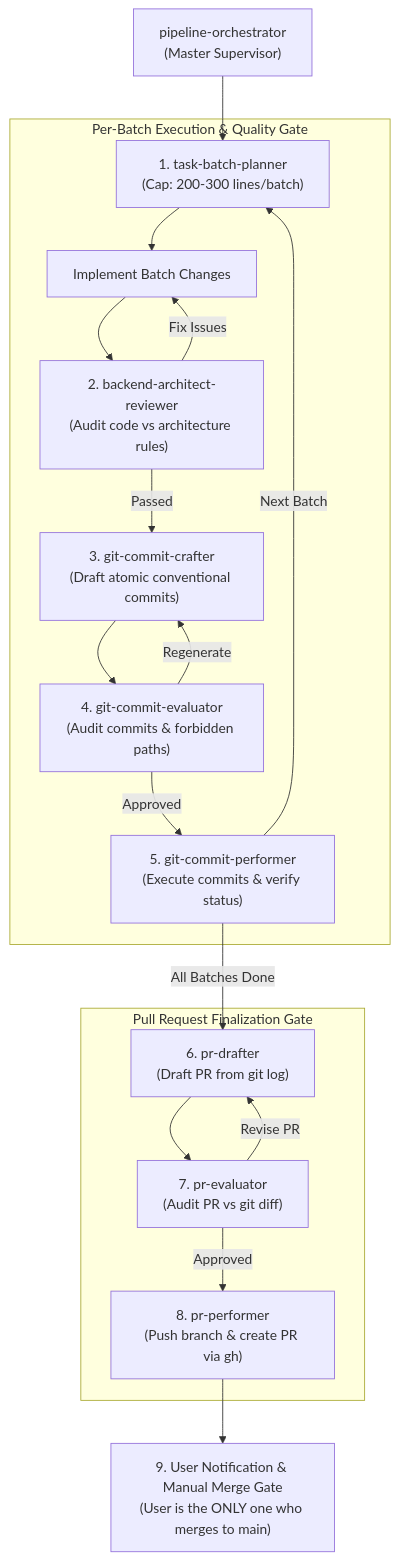
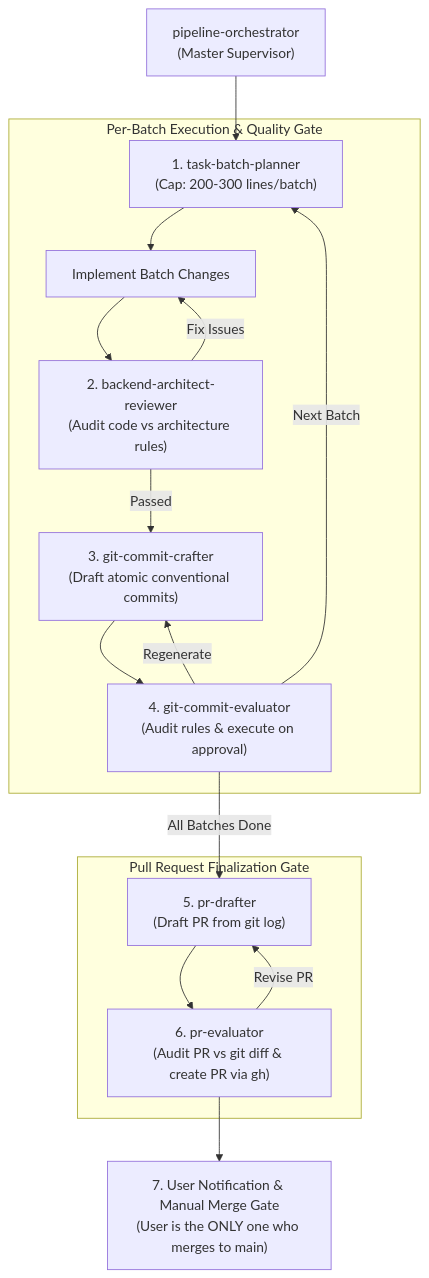
The diagram in .agents/README.md (Althaf-vt/MentorQ), drawn with Mermaid before and after one commit. The commit also changed other lines of this file and 1 other file, not shown here.

Commit message:
docs(tooling): update pipeline orchestrator and architecture docs

````diff
--- a/.agents/README.md
+++ b/.agents/README.md
@@ -34,25 +32,23 @@
 ```mermaid
 flowchart TD
     Orchestrator["pipeline-orchestrator\n(Master Supervisor)"] --> Planner["1. task-batch-planner\n(Cap: 200-300 lines/batch)"]
 
     subgraph BatchLoop ["Per-Batch Execution & Quality Gate"]
         Planner --> Implement["Implement Batch Changes"]
         Implement --> ArchReview["2. backend-architect-reviewer\n(Audit code vs architecture rules)"]
         ArchReview -->|Fix Issues| Implement
         ArchReview -->|Passed| CommitCraft["3. git-commit-crafter\n(Draft atomic conventional commits)"]
-        CommitCraft --> CommitEval["4. git-commit-evaluator\n(Audit commits & forbidden paths)"]
+        CommitCraft --> CommitEval["4. git-commit-evaluator\n(Audit rules & execute on approval)"]
         CommitEval -->|Regenerate| CommitCraft
-        CommitEval -->|Approved| CommitPerform["5. git-commit-performer\n(Execute commits & verify status)"]
     end
 
-    CommitPerform -->|Next Batch| Planner
-    CommitPerform -->|All Batches Done| PRDraft["6. pr-drafter\n(Draft PR from git log)"]
+    CommitEval -->|Next Batch| Planner
+    CommitEval -->|All Batches Done| PRDraft["5. pr-drafter\n(Draft PR from git log)"]
 
     subgraph PRLoop ["Pull Request Finalization Gate"]
-        PRDraft --> PREval["7. pr-evaluator\n(Audit PR vs git diff)"]
+        PRDraft --> PREval["6. pr-evaluator\n(Audit PR vs git diff & create PR via gh)"]
         PREval -->|Revise PR| PRDraft
-        PREval -->|Approved| PRPerform["8. pr-performer\n(Push branch & create PR via gh)"]
     end
 
-    PRPerform --> UserHandOff["9. User Notification & Manual Merge Gate\n(User is the ONLY one who merges to main)"]
+    PREval --> UserHandOff["7. User Notification & Manual Merge Gate\n(User is the ONLY one who merges to main)"]
 ```
````
